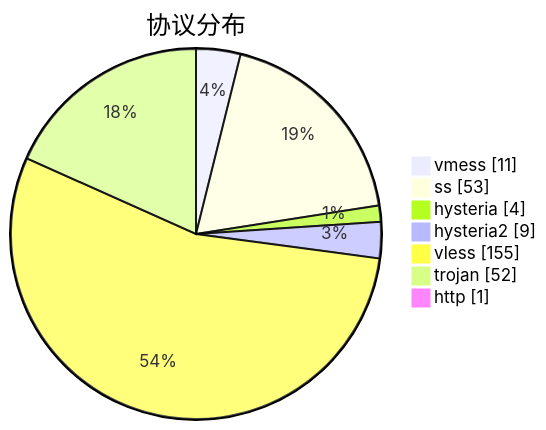
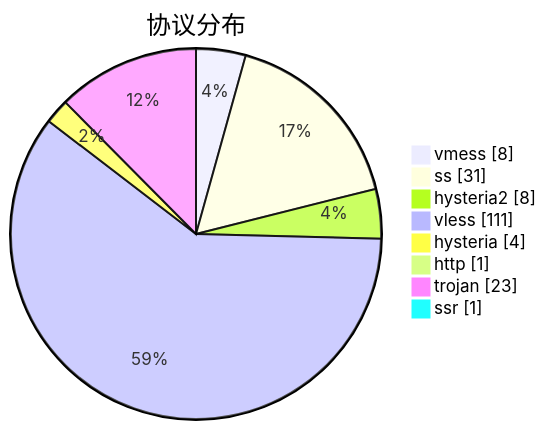
One commit to sinspired/airport changed the third of 3 diagrams in subs/statistics/tested_within.md. Above: the diagram before and after it, drawn with Mermaid. The commit also changed other lines of this file and 2 other files, not shown here.

````diff
--- a/subs/statistics/tested_within.md
+++ b/subs/statistics/tested_within.md
@@ -47,11 +44,12 @@
 ```mermaid
 pie showData
 title 协议分布
-"vmess" : 11
-"ss" : 53
+"vmess" : 8
+"ss" : 31
+"hysteria2" : 8
+"vless" : 111
 "hysteria" : 4
-"hysteria2" : 9
-"vless" : 155
-"trojan" : 52
 "http" : 1
+"trojan" : 23
+"ssr" : 1
 ```
````
